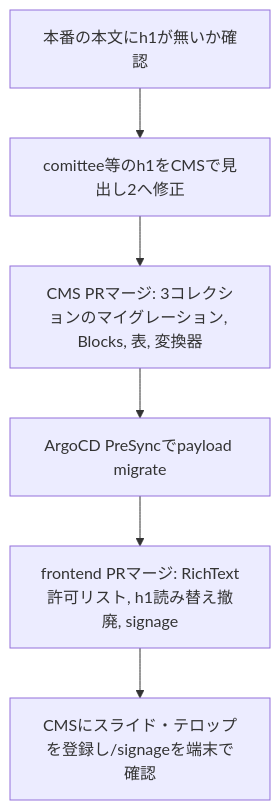
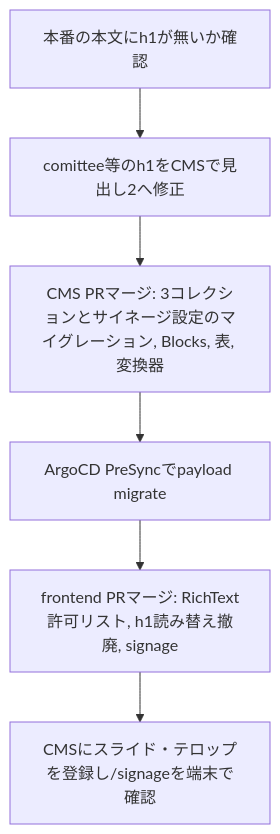
Before and after one commit to aramakisai/aramakisai-web: the fourth of 4 diagrams in .kiro/specs/digital-signage/design.md, drawn with Mermaid. The commit also changed other lines of this file and 2 other files, not shown here.

````diff
--- a/.kiro/specs/digital-signage/design.md
+++ b/.kiro/specs/digital-signage/design.md
@@ -720,8 +858,8 @@
 ```mermaid
 flowchart TD
   A[本番の本文にh1が無いか確認] --> B[comittee等のh1をCMSで見出し2へ修正]
-  B --> C[CMS PRマージ: 3コレクションのマイグレーション, Blocks, 表, 変換器]
+  B --> C[CMS PRマージ: 3コレクションとサイネージ設定のマイグレーション, Blocks, 表, 変換器]
   C --> D[ArgoCD PreSyncでpayload migrate]
   D --> E[frontend PRマージ: RichText許可リスト, h1読み替え撤廃, signage]
   E --> F[CMSにスライド・テロップを登録し/signageを端末で確認]
 ```
````
